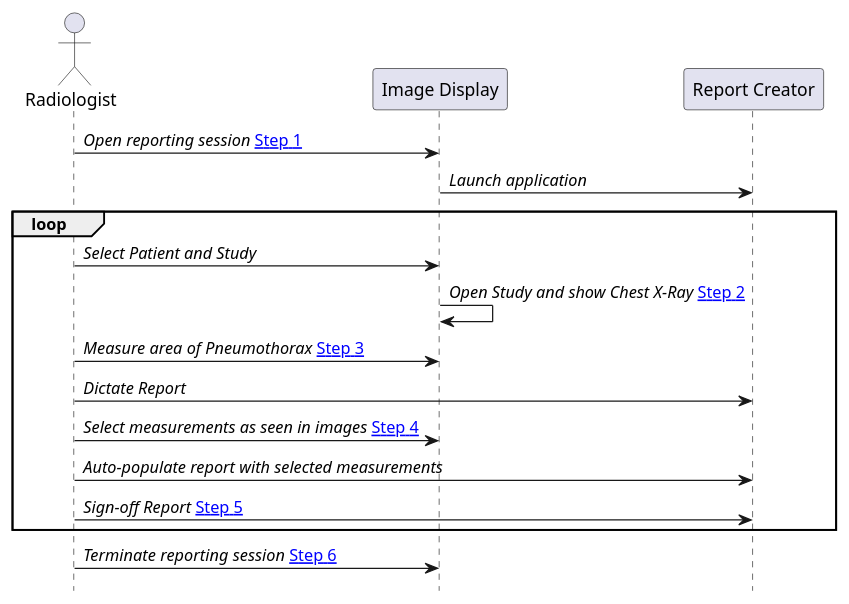
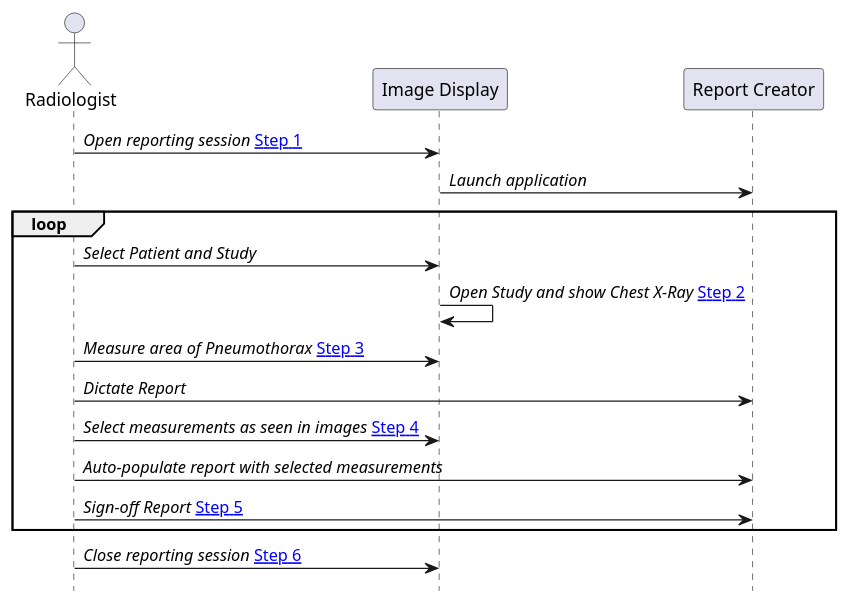
Before and after one commit to IHE/RAD.IRA: the diagram in input/images-source/ReportingFlow.plantuml, drawn with PlantUML. The commit also changed 11 other files, not shown here.

Commit message:
Change 'initiate' and 'terminate' of report context to 'open' and 'close'.

```diff
--- a/input/images-source/ReportingFlow.plantuml
+++ b/input/images-source/ReportingFlow.plantuml
@@ -1,23 +1,23 @@
 @startuml
 
 hide footbox
 
 actor Radiologist as User
 participant "Image Display" as PACS
 participant "Report Creator" as Report
 
 User -> PACS: //Open reporting session// [[volume-1.html#1xx42121-step-1-open-reporting-session Step 1]]
 PACS -> Report: //Launch application//
 loop
 User -> PACS: //Select Patient and Study//
 PACS -> PACS: //Open Study and show Chest X-Ray// [[volume-1.html#1xx42122-step-2-open-study-in-context Step 2]]
 User -> PACS: //Measure area of Pneumothorax// [[volume-1.html#1xx42123-step-3-add-content-optional Step 3]]
 User -> Report: //Dictate Report//
 User -> PACS: //Select measurements as seen in images// [[volume-1.html#1xx42124-step-4-select-content-optional Step 4]]
 User -> Report: //Auto-populate report with selected measurements//
 User -> Report: //Sign-off Report// [[volume-1.html#1xx42125-step-5-sign-off-report Step 5]]
 end
 
-User->PACS: //Terminate reporting session// [[volume-1.html#1xx42126-step-6-terminate-reporting-session Step 6]]
+User->PACS: //Close reporting session// [[volume-1.html#1xx42126-step-6-close-reporting-session Step 6]]
 
 @enduml
```
